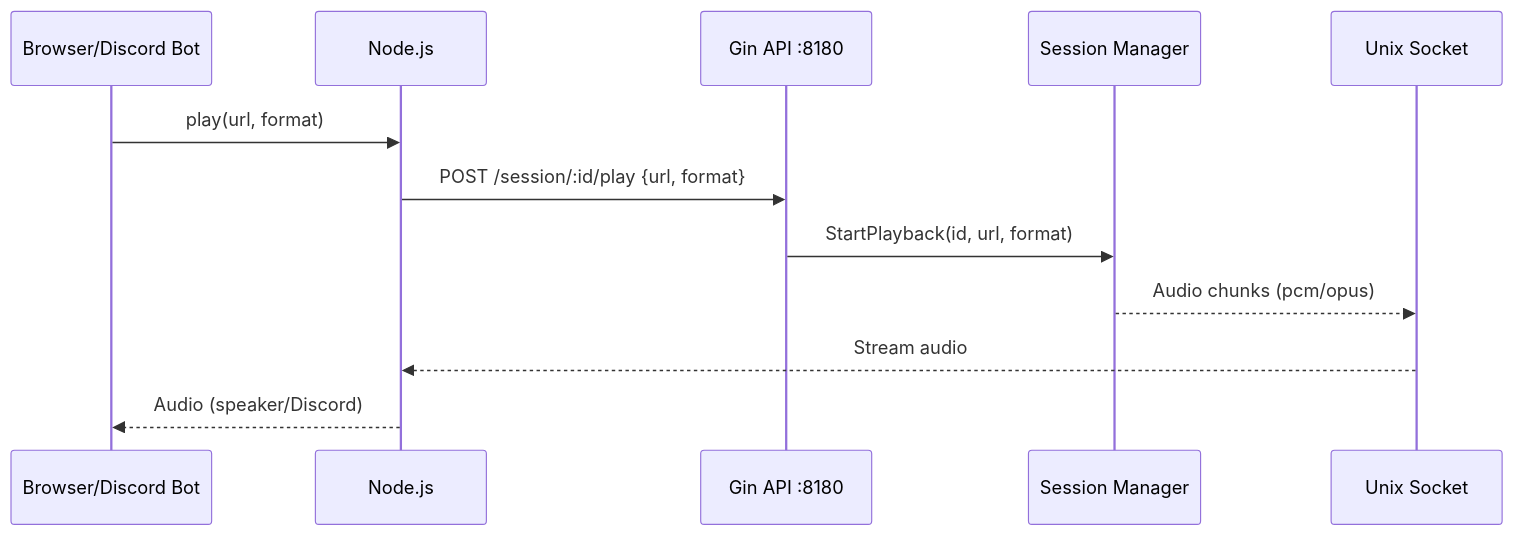
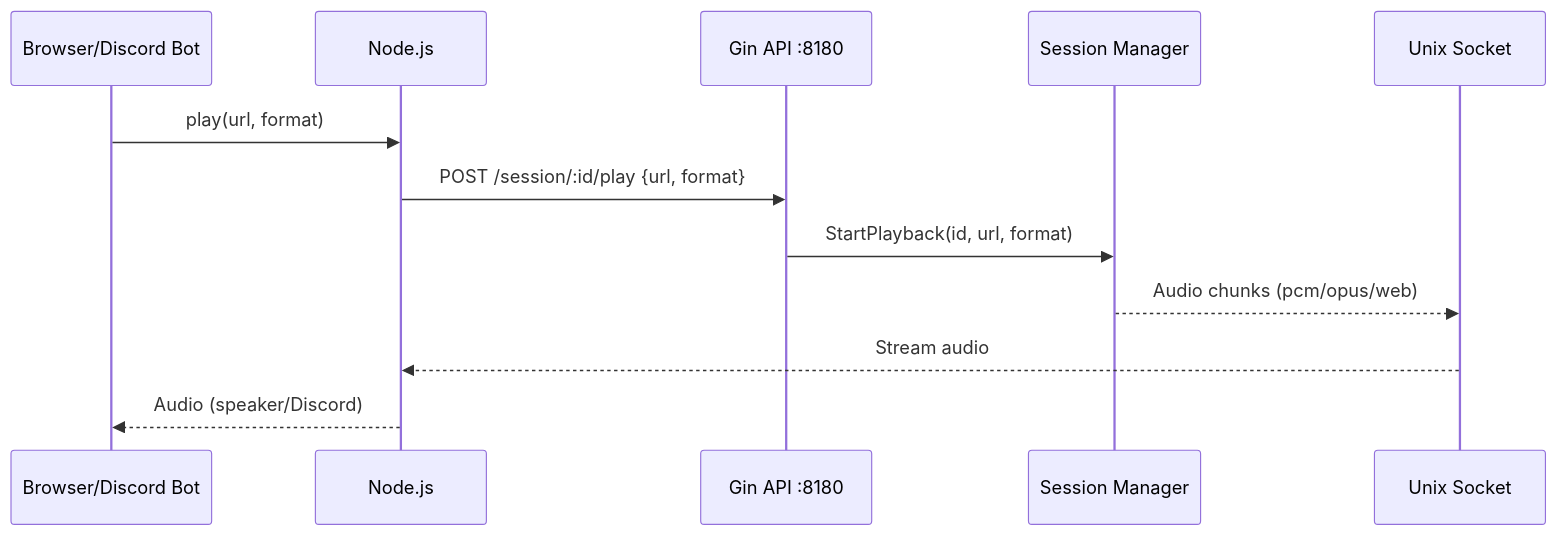
Before and after one commit to thewind121212/natashi: the third of 3 diagrams in CLAUDE.md, drawn with Mermaid. The commit also changed other lines of this file and 8 other files, not shown here.

````diff
--- a/CLAUDE.md
+++ b/CLAUDE.md
@@ -79,15 +90,15 @@
 ```mermaid
 sequenceDiagram
     participant Client as Browser/Discord Bot
     participant Node as Node.js
     participant Gin as Gin API :8180
     participant Session as Session Manager
     participant Socket as Unix Socket
 
     Client->>Node: play(url, format)
     Node->>Gin: POST /session/:id/play {url, format}
     Gin->>Session: StartPlayback(id, url, format)
-    Session-->>Socket: Audio chunks (pcm/opus)
+    Session-->>Socket: Audio chunks (pcm/opus/web)
     Socket-->>Node: Stream audio
     Node-->>Client: Audio (speaker/Discord)
 ```
````
